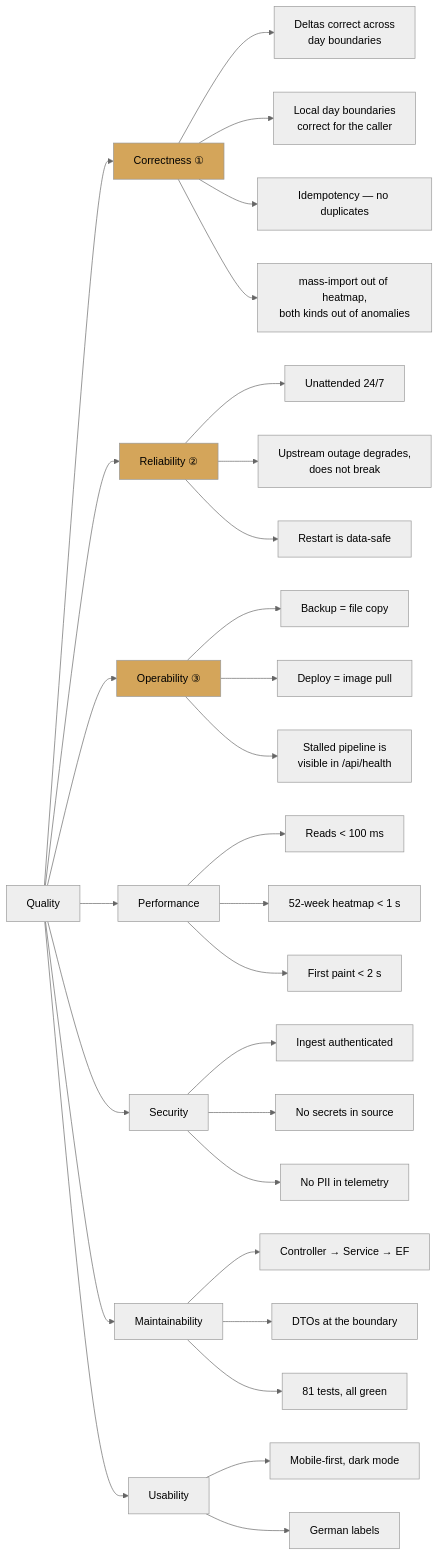
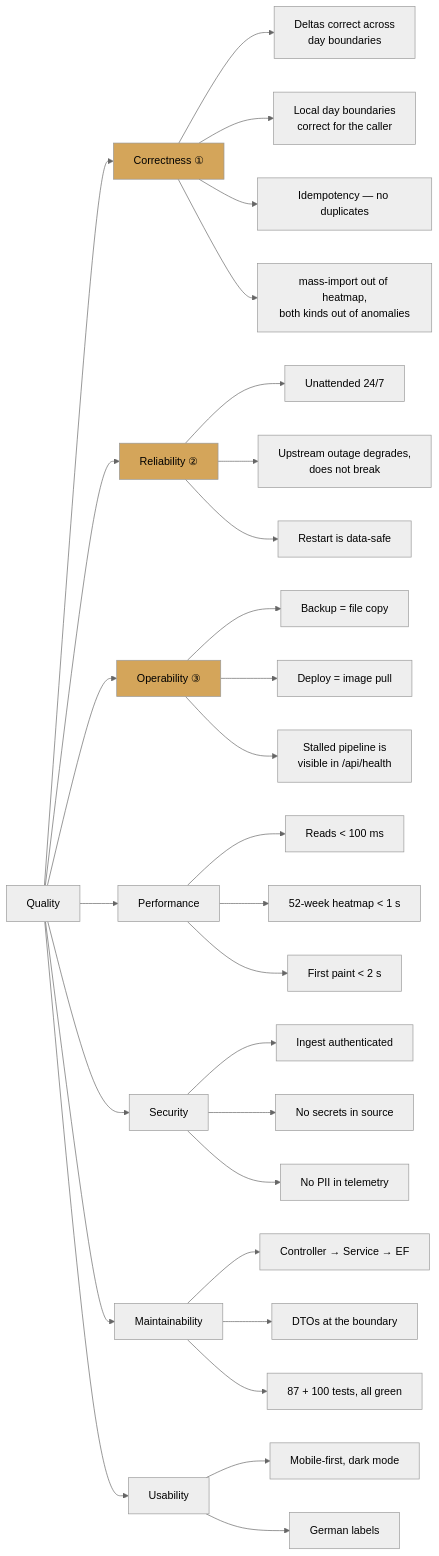
The diagram in doc/arc42/10-quality.md (Gereon93/coffee), drawn with Mermaid (neutral theme) before and after one commit. The commit also changed other lines of this file and 12 other files, not shown here.

````diff
--- a/doc/arc42/10-quality.md
+++ b/doc/arc42/10-quality.md
@@ -5,44 +5,44 @@
 ```mermaid
 graph LR
     Q["Quality"]
 
     Q --> C["Correctness ①"]
     Q --> R["Reliability ②"]
     Q --> O["Operability ③"]
     Q --> P["Performance"]
     Q --> S["Security"]
     Q --> M["Maintainability"]
     Q --> U["Usability"]
 
     C --> C1["Deltas correct across<br/>day boundaries"]
     C --> C2["Local day boundaries<br/>correct for the caller"]
     C --> C3["Idempotency — no duplicates"]
     C --> C4["mass-import out of heatmap,<br/>both kinds out of anomalies"]
 
     R --> R1["Unattended 24/7"]
     R --> R2["Upstream outage degrades,<br/>does not break"]
     R --> R3["Restart is data-safe"]
 
     O --> O1["Backup = file copy"]
     O --> O2["Deploy = image pull"]
     O --> O3["Stalled pipeline is<br/>visible in /api/health"]
 
     P --> P1["Reads < 100 ms"]
     P --> P2["52-week heatmap < 1 s"]
     P --> P3["First paint < 2 s"]
 
     S --> S1["Ingest authenticated"]
     S --> S2["No secrets in source"]
     S --> S3["No PII in telemetry"]
 
     M --> M1["Controller → Service → EF"]
     M --> M2["DTOs at the boundary"]
-    M --> M3["81 tests, all green"]
+    M --> M3["87 + 100 tests, all green"]
 
     U --> U1["Mobile-first, dark mode"]
     U --> U2["German labels"]
 
     style C fill:#d4a55a
     style R fill:#d4a55a
     style O fill:#d4a55a
 ```
````
